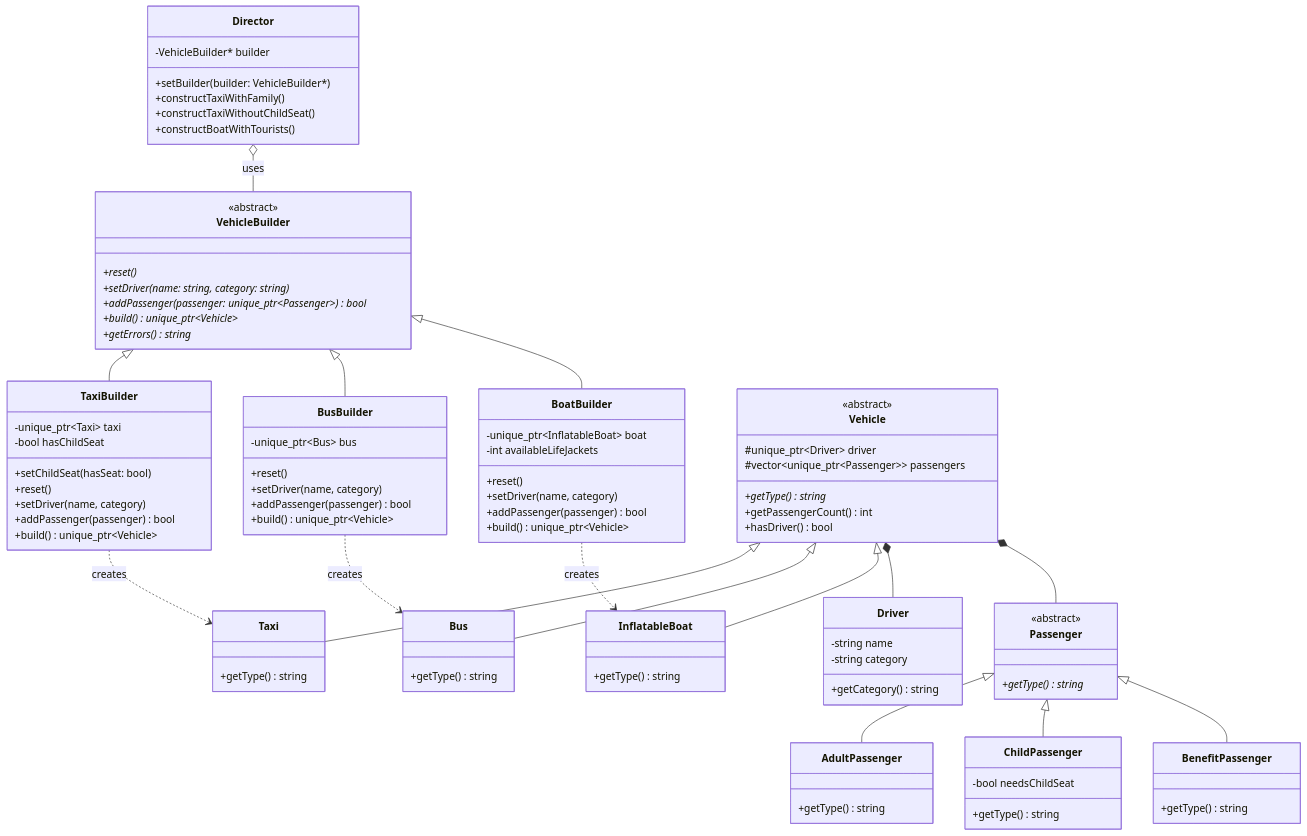
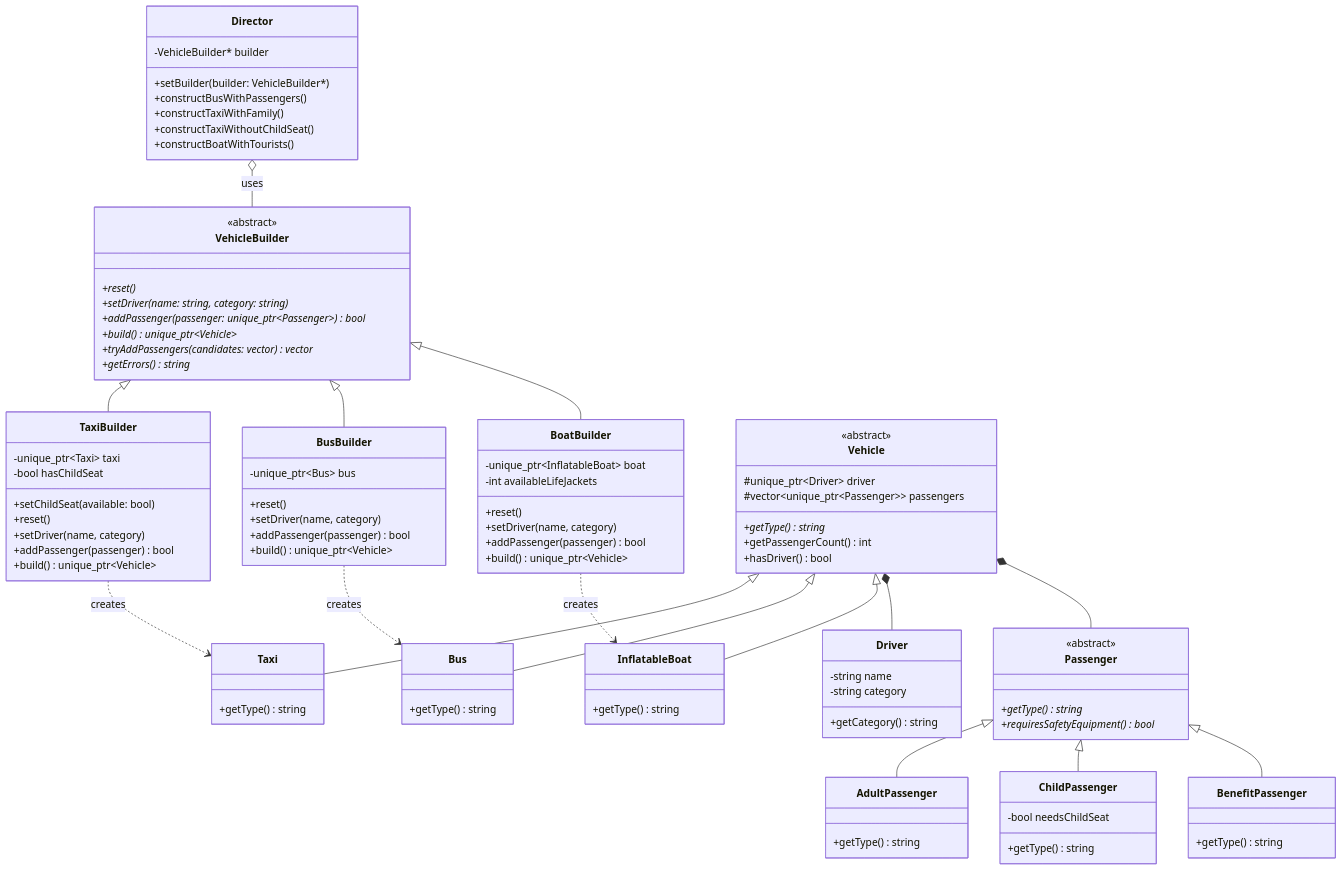
Before and after one commit to ivan-aleschin/uni: the diagram in software-architecture/lab-2/README.md, drawn with Mermaid. The commit also changed other lines of this file and 1 other file, not shown here.

```diff
--- a/software-architecture/lab-2/README.md
+++ b/software-architecture/lab-2/README.md
@@ -33,6 +35,7 @@
     class Director {
         -VehicleBuilder* builder
         +setBuilder(builder: VehicleBuilder*)
+        +constructBusWithPassengers()
         +constructTaxiWithFamily()
         +constructTaxiWithoutChildSeat()
         +constructBoatWithTourists()
@@ -44,13 +47,14 @@
         +setDriver(name: string, category: string)*
         +addPassenger(passenger: unique_ptr~Passenger~)* bool
         +build()* unique_ptr~Vehicle~
+        +tryAddPassengers(candidates: vector)* vector
         +getErrors()* string
     }
 
     class TaxiBuilder {
         -unique_ptr~Taxi~ taxi
         -bool hasChildSeat
-        +setChildSeat(hasSeat: bool)
+        +setChildSeat(available: bool)
         +reset()
         +setDriver(name, category)
         +addPassenger(passenger) bool
@@ -104,6 +108,7 @@
     class Passenger {
         <<abstract>>
         +getType()* string
+        +requiresSafetyEquipment()* bool
     }
     class AdultPassenger {
         +getType() string
```
